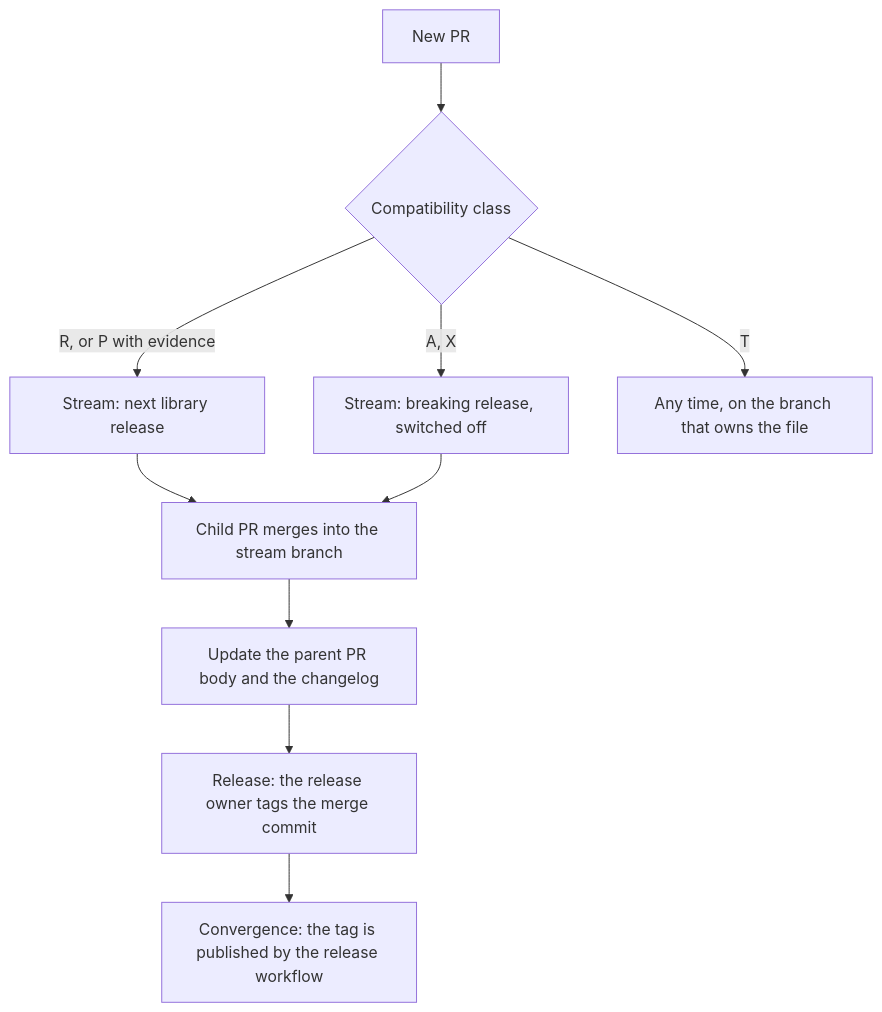
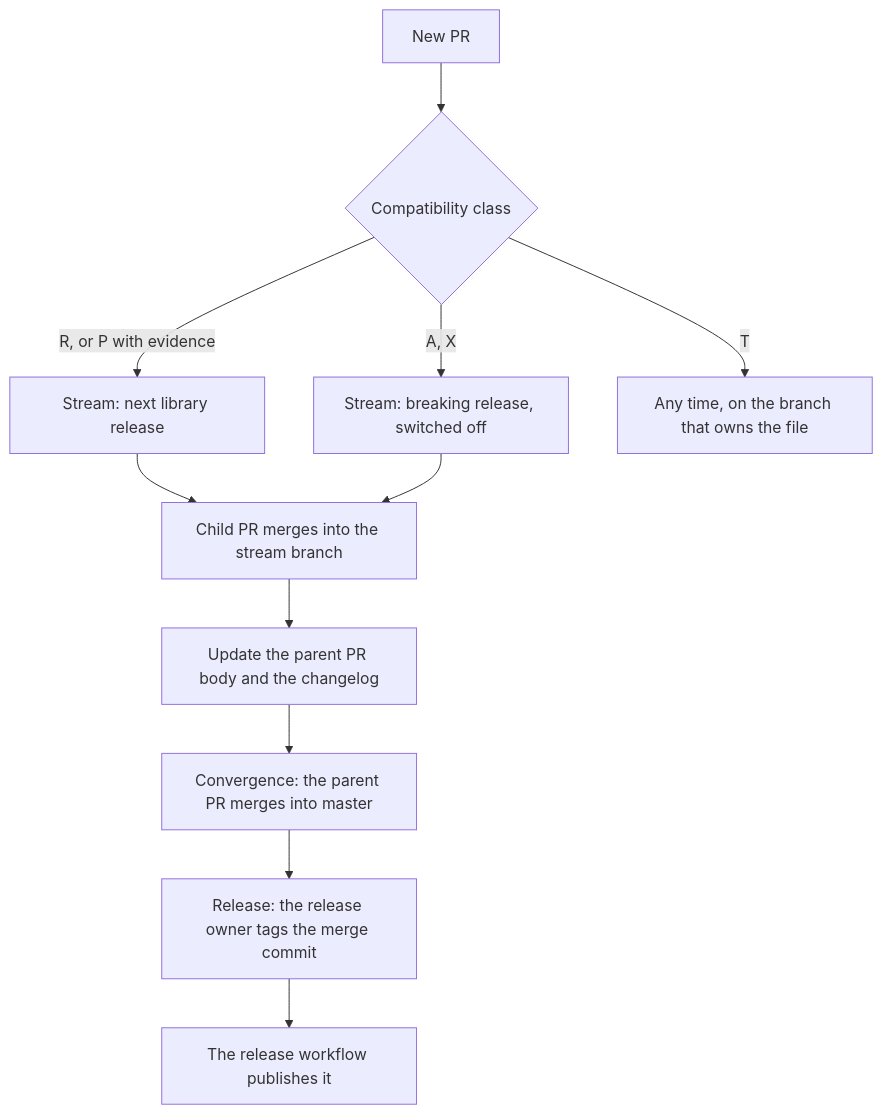
One commit to threshold-network/tss-lib changed the diagram in docs/release-streams.md. Above: the diagram before and after it, drawn with Mermaid.

Commit message:
docs(release): tag the merge commit after convergence in the diagram

````diff
--- a/docs/release-streams.md
+++ b/docs/release-streams.md
@@ -18,12 +18,13 @@
 ```mermaid
 flowchart TD
   PR[New PR] --> CL{Compatibility class}
   CL -- "R, or P with evidence" --> NR[Stream: next library release]
   CL -- "A, X" --> BR[Stream: breaking release, switched off]
   CL -- T --> AT[Any time, on the branch that owns the file]
   NR --> PP[Child PR merges into the stream branch]
   BR --> PP
   PP --> UP[Update the parent PR body and the changelog]
-  UP --> REL[Release: the release owner tags the merge commit]
-  REL --> CV[Convergence: the tag is published by the release workflow]
+  UP --> CV[Convergence: the parent PR merges into master]
+  CV --> REL[Release: the release owner tags the merge commit]
+  REL --> PUB[The release workflow publishes it]
 ```
````
